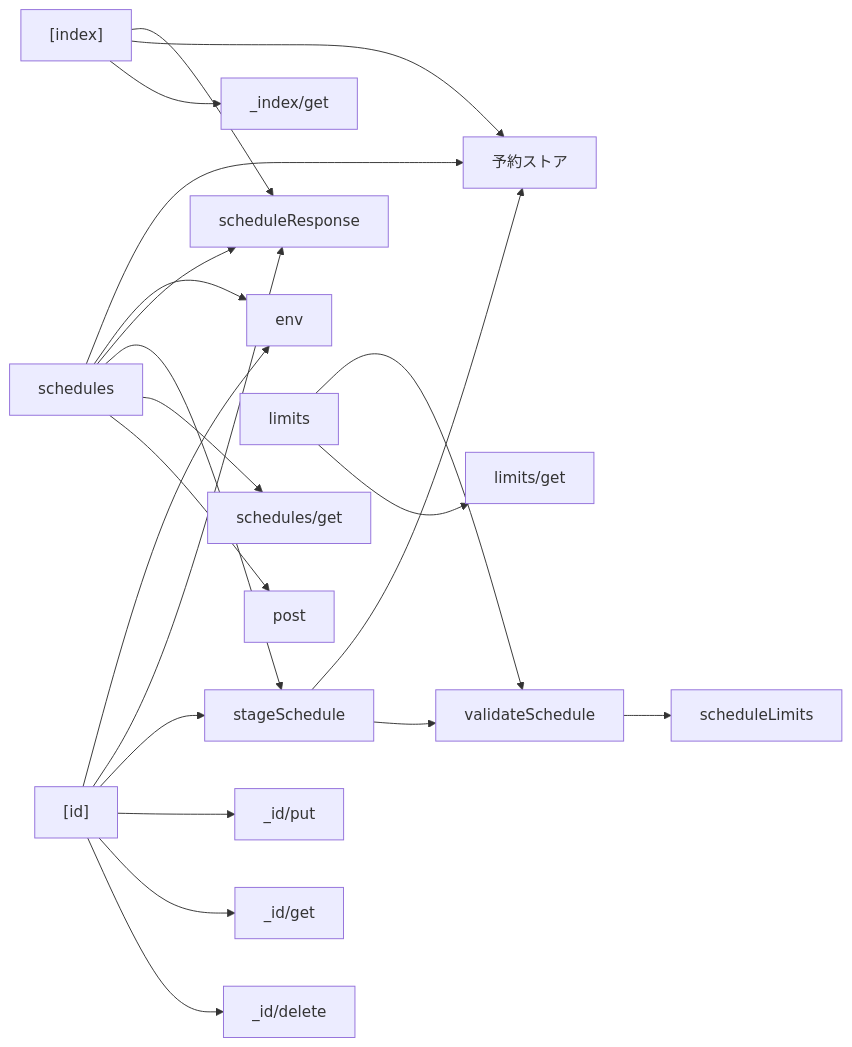
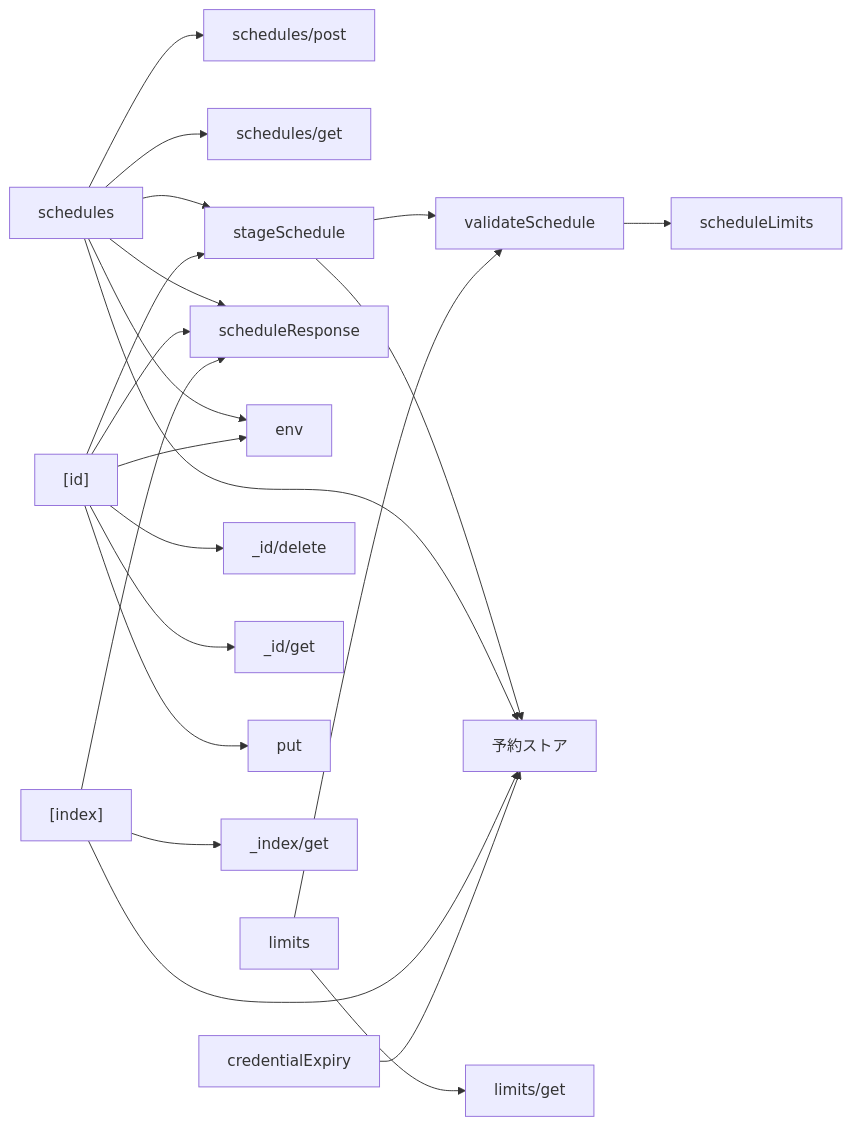
The first of 3 diagrams in specs/schedule-api/design.md (nekono-dev/skyshare), drawn with Mermaid before and after one commit. The commit also changed other lines of this file and 88 other files, not shown here.

````diff
--- a/specs/schedule-api/design.md
+++ b/specs/schedule-api/design.md
@@ -33,23 +48,24 @@
 ```mermaid
 flowchart LR
-  schedules --> post
+  schedules --> schedulesPost["schedules/post"]
   schedules --> schedulesGet["schedules/get"]
   schedules --> stageSchedule
   schedules --> scheduleResponse
   schedules --> env
   stageSchedule --> validateSchedule
   stageSchedule --> ext_store["予約ストア"]
   schedules --> ext_store
   validateSchedule --> scheduleLimits
   limits --> limitsGet["limits/get"]
   limits --> validateSchedule
   id["[id]"] --> idDelete["_id/delete"]
   id --> idGet["_id/get"]
-  id --> idPut["_id/put"]
+  id --> idPut["put"]
   id --> stageSchedule
   id --> scheduleResponse
   id --> env
   image["[index]"] --> imageGet["_index/get"]
   image --> ext_store
   image --> scheduleResponse
+  credentialExpiry --> ext_store
 ```
````
